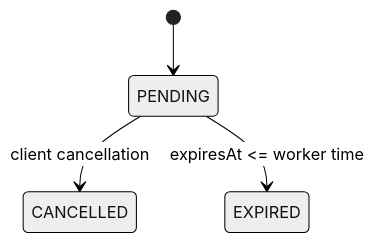
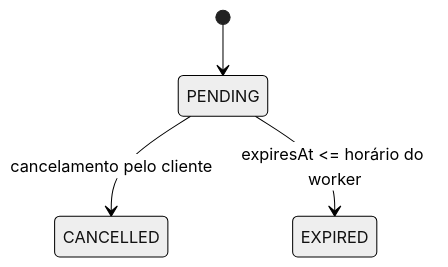
Before and after one commit to hubsouzasolucoes/flash-booking: the diagram in docs/business-rules.md, drawn with Mermaid (neutral theme). The commit also changed other lines of this file and 22 other files, not shown here.

````diff
--- a/docs/business-rules.md
+++ b/docs/business-rules.md
@@ -11,6 +12,6 @@
 ```mermaid
 stateDiagram-v2
   [*] --> PENDING
-  PENDING --> CANCELLED: client cancellation
-  PENDING --> EXPIRED: expiresAt <= worker time
+  PENDING --> CANCELLED: cancelamento pelo cliente
+  PENDING --> EXPIRED: expiresAt <= horário do worker
 ```
````
